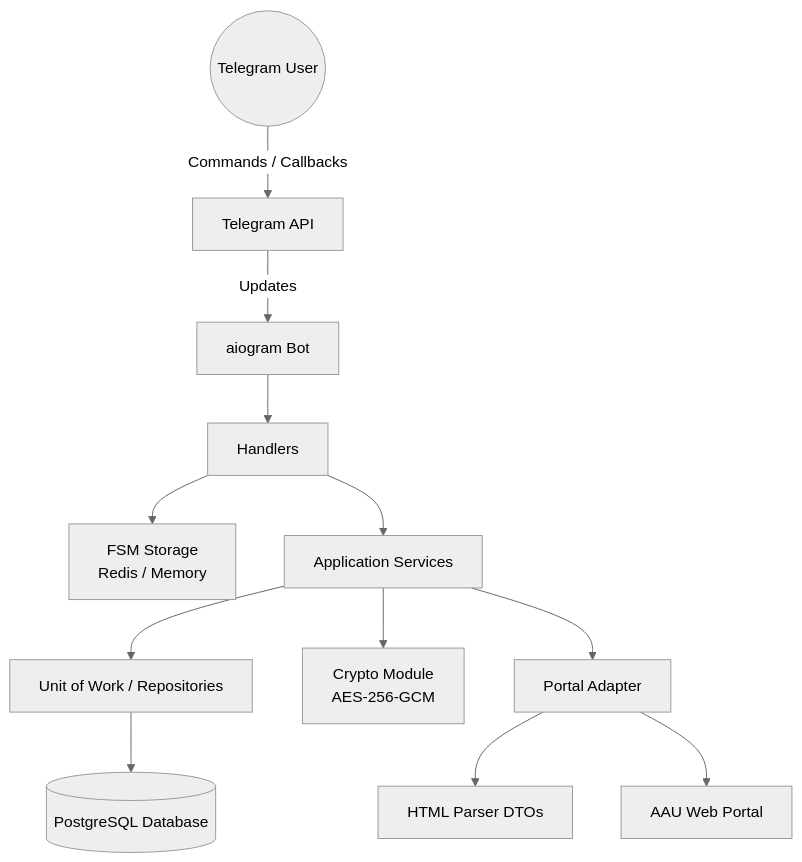
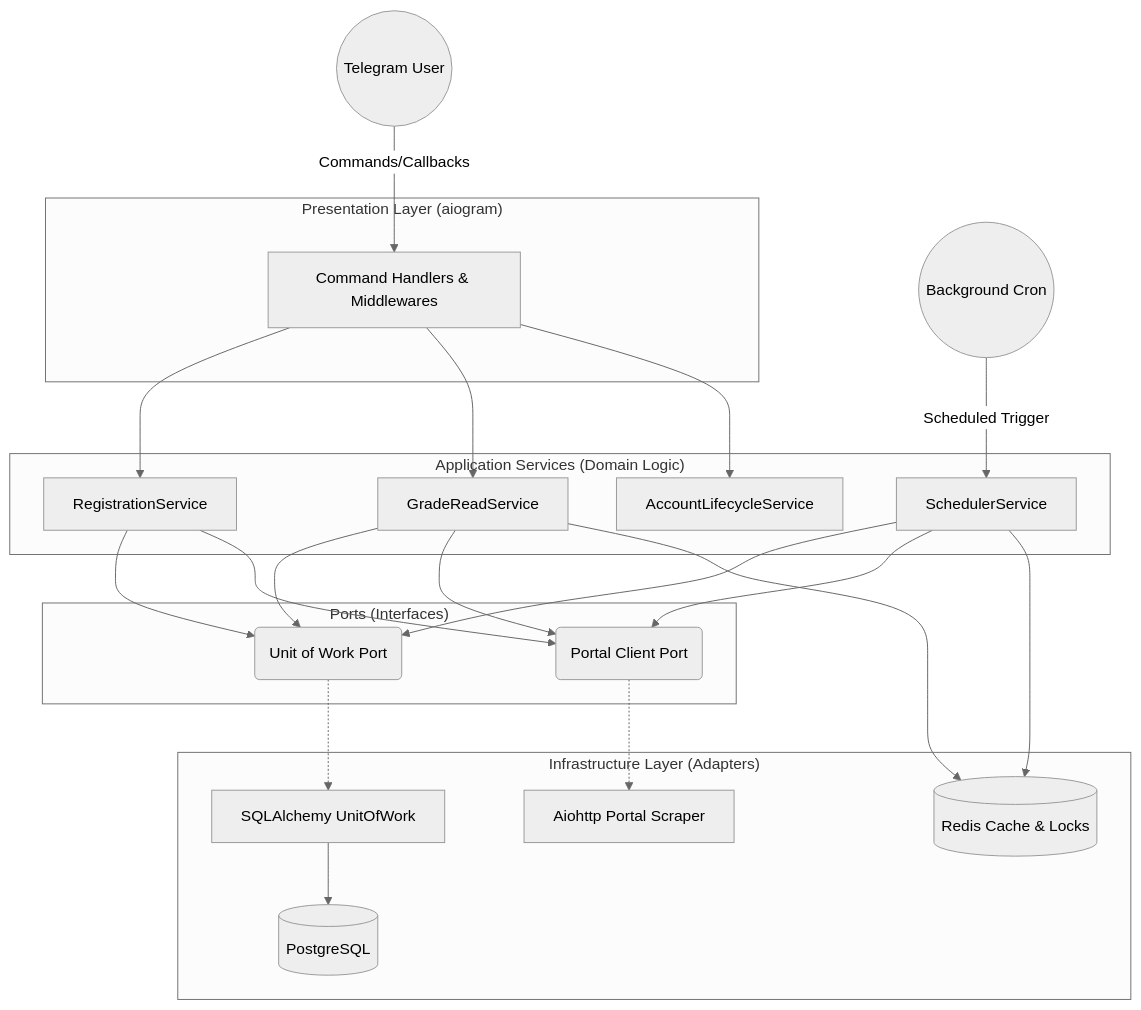
One commit to ob22a/aau_grade_bot changed the first of 3 diagrams in docs/README.md. Above: the diagram before and after it, drawn with Mermaid (neutral theme). The commit also changed other lines of this file and 1 other file, not shown here.

Commit message:
docs: update README with comprehensive features and architecture diagrams, and fix test requirements

````diff
--- a/docs/README.md
+++ b/docs/README.md
@@ -29,18 +30,47 @@
 ```mermaid
-flowchart TD
-    User((Telegram User)) --> |Commands / Callbacks| Telegram[Telegram API]
-    Telegram --> |Updates| Bot[aiogram Bot]
-    Bot --> Handlers[Handlers]
+graph TD
+    %% Entrypoints
+    User((Telegram User)) -->|Commands/Callbacks| Handlers
+    Cron((Background Cron)) -->|Scheduled Trigger| SchedulerService
+
+    subgraph "Presentation Layer (aiogram)"
+        Handlers[Command Handlers & Middlewares]
+    end
+
+    subgraph "Application Services (Domain Logic)"
+        RegistrationService
+        GradeReadService
+        AccountLifecycleService
+        SchedulerService
+    end
+
+    subgraph "Ports (Interfaces)"
+        UoWPort(Unit of Work Port)
+        PortalPort(Portal Client Port)
+    end
+
+    subgraph "Infrastructure Layer (Adapters)"
+        UoWAdapter[SQLAlchemy UnitOfWork]
+        PortalAdapter[Aiohttp Portal Scraper]
+        DB[(PostgreSQL)]
+        Redis[(Redis Cache & Locks)]
+    end
+
+    Handlers --> RegistrationService
+    Handlers --> GradeReadService
+    Handlers --> AccountLifecycleService
     
-    Handlers --> FSM[FSM Storage<br/>Redis / Memory]
-    Handlers --> Services[Application Services]
+    RegistrationService --> UoWPort
+    RegistrationService --> PortalPort
+    GradeReadService --> UoWPort
+    GradeReadService --> PortalPort
+    SchedulerService --> UoWPort
+    SchedulerService --> PortalPort
+
+    UoWPort -.-> UoWAdapter
+    PortalPort -.-> PortalAdapter
     
-    Services --> UnitOfWork[Unit of Work / Repositories]
-    UnitOfWork --> DB[(PostgreSQL Database)]
-    
-    Services --> Crypto[Crypto Module<br/>AES-256-GCM]
-    
-    Services --> PortalClient[Portal Adapter]
-    PortalClient --> Parser[HTML Parser DTOs]
-    PortalClient --> Portal[AAU Web Portal]
+    UoWAdapter --> DB
+    GradeReadService --> Redis
+    SchedulerService --> Redis
 ```
````
